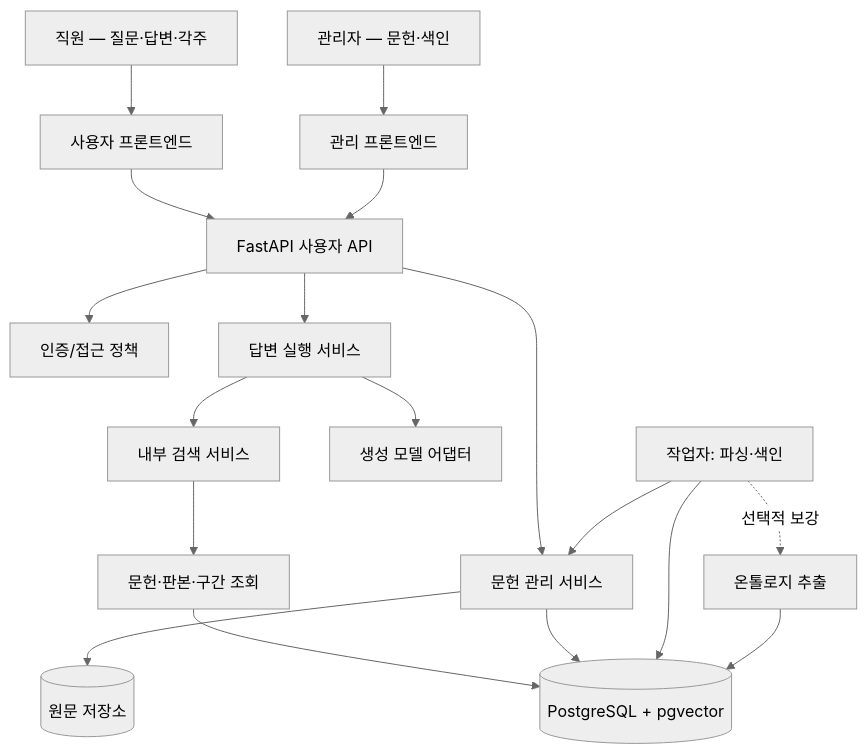
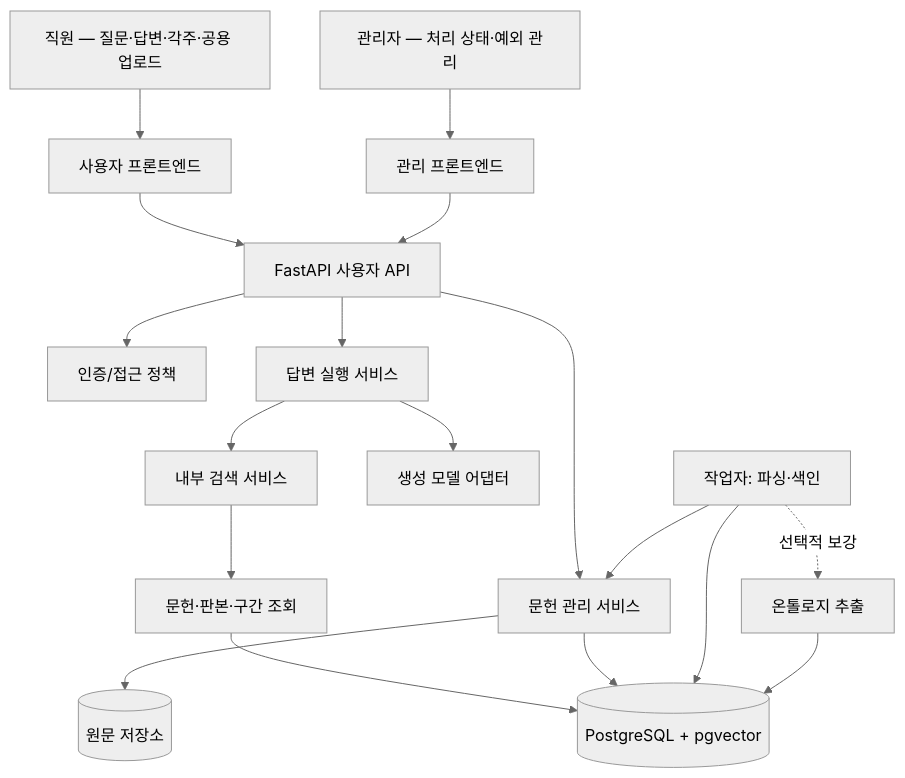
The second of 2 diagrams in docs/ARCHITECTURE.md (studylida/ontology-wiki), drawn with Mermaid (neutral theme) before and after one commit. The commit also changed other lines of this file, not shown here.

````diff
--- a/docs/ARCHITECTURE.md
+++ b/docs/ARCHITECTURE.md
@@ -83,20 +83,20 @@
 ```mermaid
 flowchart TD
-    U["직원 — 질문·답변·각주"] --> F["사용자 프론트엔드"]
-    O["관리자 — 문헌·색인"] --> AF["관리 프론트엔드"]
+    U["직원 — 질문·답변·각주·공용 업로드"] --> F["사용자 프론트엔드"]
+    O["관리자 — 처리 상태·예외 관리"] --> AF["관리 프론트엔드"]
     F --> API["FastAPI 사용자 API"]
     AF --> API
     API --> ID["인증/접근 정책"]
     API --> AS["답변 실행 서비스"]
     AS --> RS["내부 검색 서비스"]
     RS --> CR["문헌·판본·구간 조회"]
     CR --> DB[("PostgreSQL + pgvector")]
     AS --> P["생성 모델 어댑터"]
     API --> DS["문헌 관리 서비스"]
     DS --> RAW[("원문 저장소")]
     DS --> DB
     W["작업자: 파싱·색인"] --> DB
     W --> DS
     W -. "선택적 보강" .-> OG["온톨로지 추출"]
     OG --> DB
 ```
````
